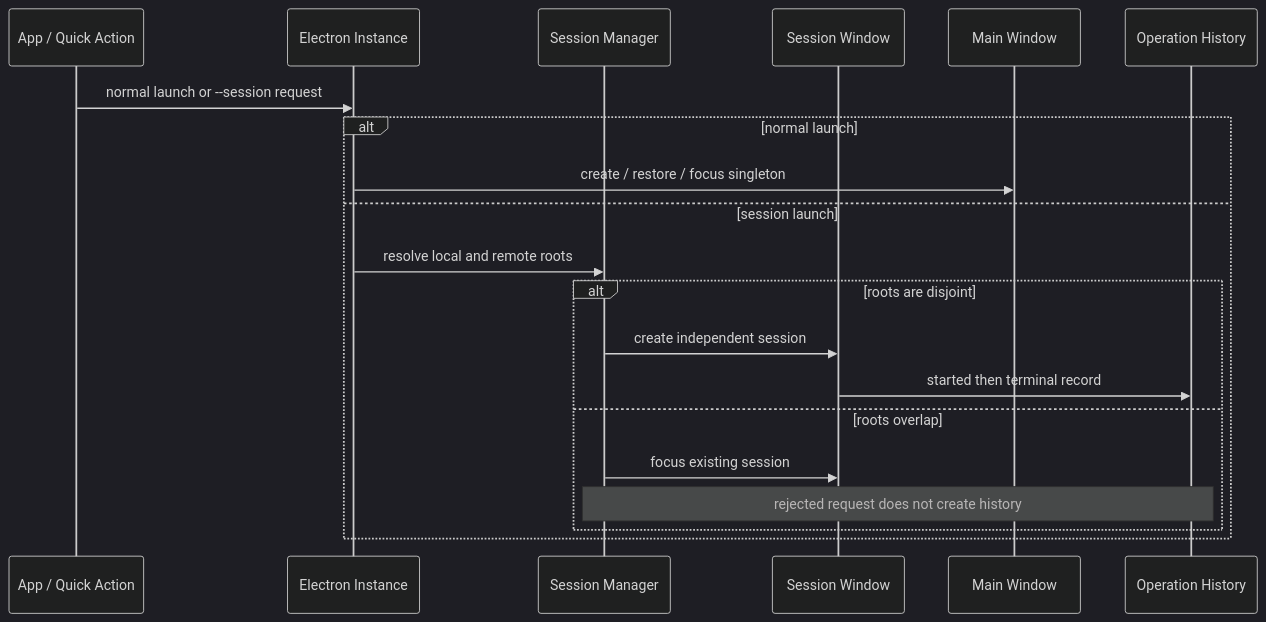
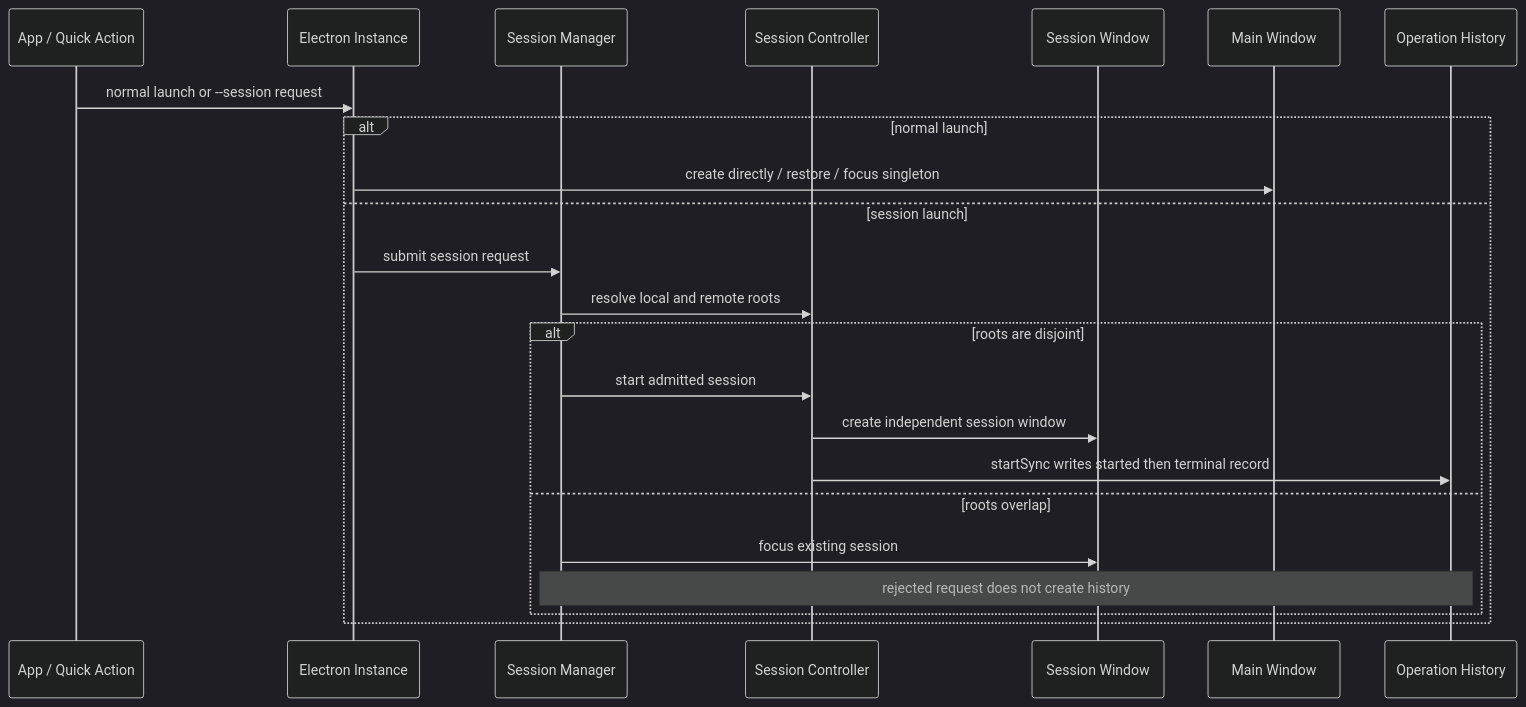
One commit to agalloch21/sync-with-rclone changed diagram 11 of 15 in docs/Flows.md. Above: the diagram before and after it, drawn with Mermaid (dark theme). The commit also changed other lines of this file and 17 other files, not shown here.

````diff
--- a/docs/Flows.md
+++ b/docs/Flows.md
@@ -297,23 +297,26 @@
 ```mermaid
 sequenceDiagram
   participant OS as App / Quick Action
   participant EI as Electron Instance
   participant SM as Session Manager
+  participant SC as Session Controller
   participant SW as Session Window
   participant MW as Main Window
   participant H as Operation History
 
   OS->>EI: normal launch or --session request
   alt normal launch
-    EI->>MW: create / restore / focus singleton
+    EI->>MW: create directly / restore / focus singleton
   else session launch
-    EI->>SM: resolve local and remote roots
+    EI->>SM: submit session request
+    SM->>SC: resolve local and remote roots
     alt roots are disjoint
-      SM->>SW: create independent session
-      SW->>H: started then terminal record
+      SM->>SC: start admitted session
+      SC->>SW: create independent session window
+      SC->>H: startSync writes started then terminal record
     else roots overlap
       SM->>SW: focus existing session
       Note over SM,H: rejected request does not create history
     end
   end
 ```
````
